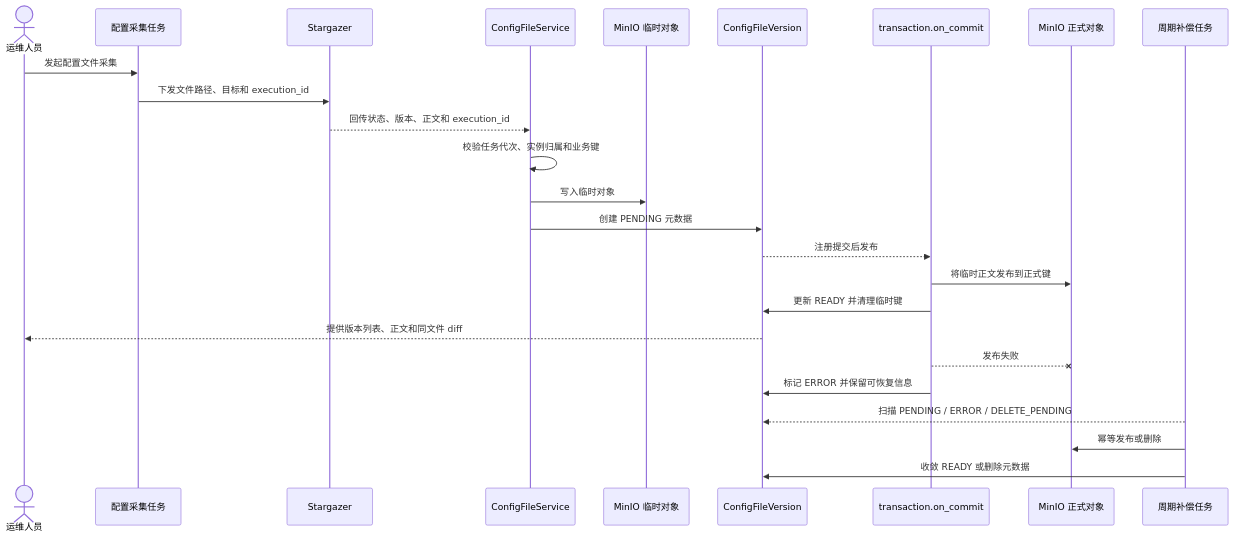
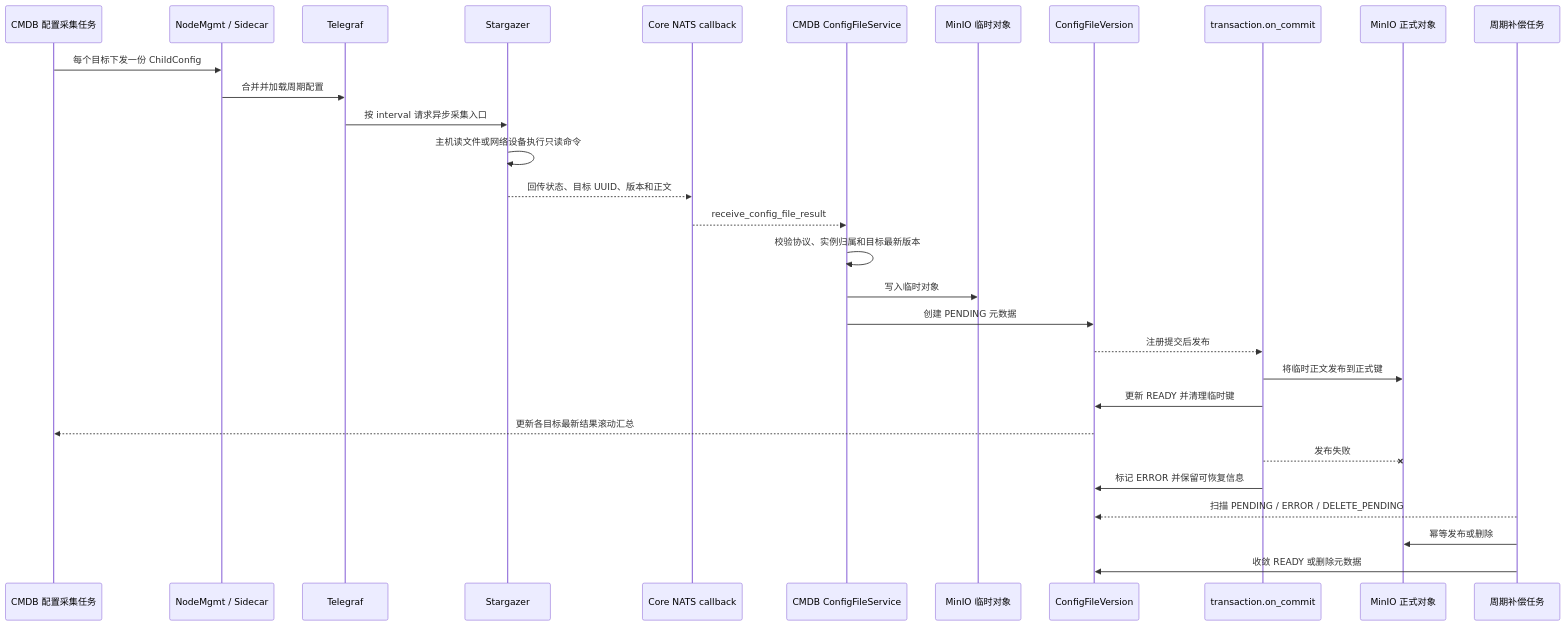
Before and after one commit to TencentBlueKing/bk-lite: the ninth of 17 diagrams in server/apps/cmdb/BUSINESS_ARCHITECTURE.md, drawn with Mermaid. The commit also changed other lines of this file and 38 other files, not shown here.

````diff
--- a/server/apps/cmdb/BUSINESS_ARCHITECTURE.md
+++ b/server/apps/cmdb/BUSINESS_ARCHITECTURE.md
@@ -385,29 +381,34 @@
 ```mermaid
 sequenceDiagram
-    actor User as 运维人员
-    participant Task as 配置采集任务
+    participant Task as CMDB 配置采集任务
+    participant Node as NodeMgmt / Sidecar
+    participant Telegraf as Telegraf
     participant Agent as Stargazer
-    participant API as ConfigFileService
+    participant NATS as Core NATS callback
+    participant API as CMDB ConfigFileService
     participant Temp as MinIO 临时对象
     participant DB as ConfigFileVersion
     participant Commit as transaction.on_commit
     participant Formal as MinIO 正式对象
     participant Recover as 周期补偿任务
 
-    User->>Task: 发起配置文件采集
-    Task->>Agent: 下发文件路径、目标和 execution_id
-    Agent-->>API: 回传状态、版本、正文和 execution_id
-    API->>API: 校验任务代次、实例归属和业务键
+    Task->>Node: 每个目标下发一份 ChildConfig
+    Node->>Telegraf: 合并并加载周期配置
+    Telegraf->>Agent: 按 interval 请求异步采集入口
+    Agent->>Agent: 主机读文件或网络设备执行只读命令
+    Agent-->>NATS: 回传状态、目标 UUID、版本和正文
+    NATS-->>API: receive_config_file_result
+    API->>API: 校验协议、实例归属和目标最新版本
     API->>Temp: 写入临时对象
     API->>DB: 创建 PENDING 元数据
     DB-->>Commit: 注册提交后发布
     Commit->>Formal: 将临时正文发布到正式键
     Commit->>DB: 更新 READY 并清理临时键
-    DB-->>User: 提供版本列表、正文和同文件 diff
+    DB-->>Task: 更新各目标最新结果滚动汇总
 
     Commit--xFormal: 发布失败
     Commit->>DB: 标记 ERROR 并保留可恢复信息
     Recover-->>DB: 扫描 PENDING / ERROR / DELETE_PENDING
     Recover->>Formal: 幂等发布或删除
     Recover->>DB: 收敛 READY 或删除元数据
 ```
````
